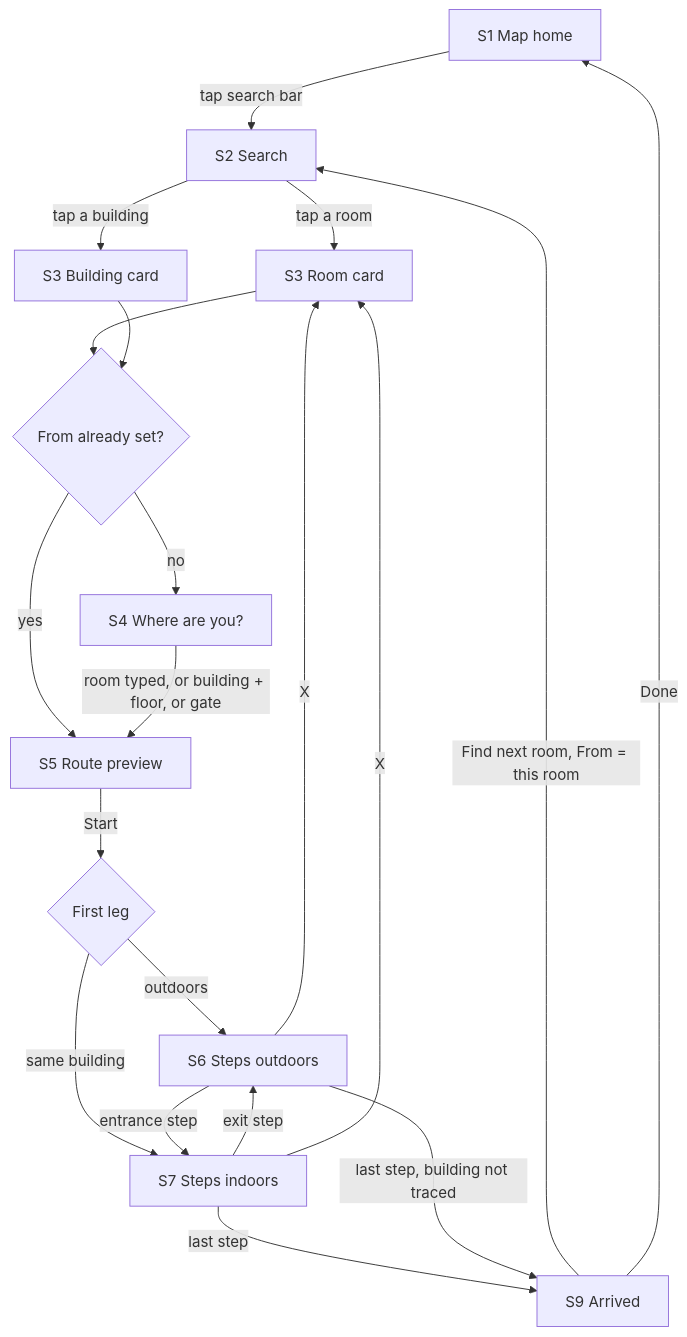
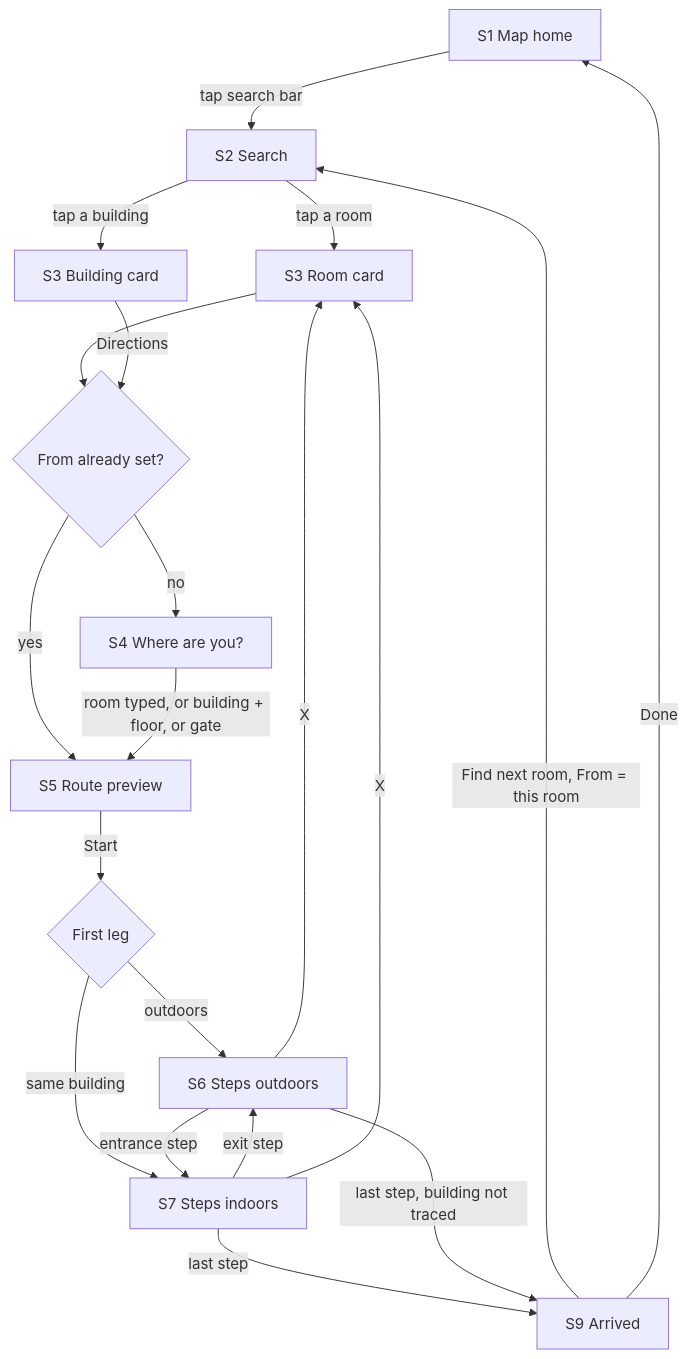
Before and after one commit to garyreyes/dlsu-map: the first of 3 diagrams in docs/user-flows.md, drawn with Mermaid. The commit also changed other lines of this file and 2 other files, not shown here.

````diff
--- a/docs/user-flows.md
+++ b/docs/user-flows.md
@@ -53,22 +53,22 @@
 ```mermaid
 flowchart TD
     S1[S1 Map home] -->|tap search bar| S2[S2 Search]
     S2 -->|tap a room| S3[S3 Room card]
     S2 -->|tap a building| S3b[S3 Building card]
     S3 --> FromSet{From already set?}
-    S3b --> FromSet
+    S3b -->|Directions| FromSet
     FromSet -->|no| S4[S4 Where are you?]
     FromSet -->|yes| S5[S5 Route preview]
     S4 -->|room typed, or building + floor, or gate| S5
     S5 -->|Start| Legs{First leg}
     Legs -->|outdoors| S6[S6 Steps outdoors]
     Legs -->|same building| S7[S7 Steps indoors]
     S6 -->|entrance step| S7
     S7 -->|exit step| S6
     S7 -->|last step| S9[S9 Arrived]
     S6 -->|last step, building not traced| S9
     S9 -->|Find next room, From = this room| S2
     S9 -->|Done| S1
     S6 -->|X| S3
     S7 -->|X| S3
 ```
````
